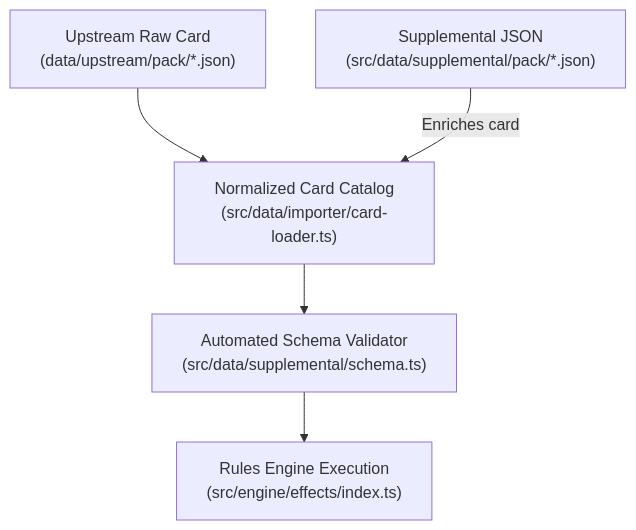
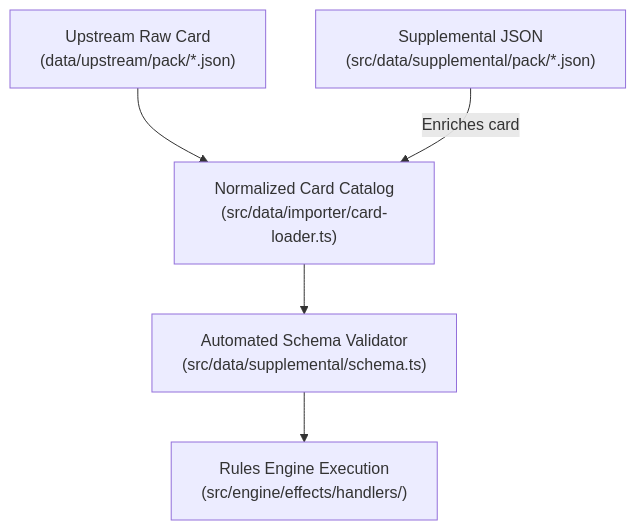
The diagram in docs/specifications/supplemental/README.md (SteveRodrigue/MCD), drawn with Mermaid before and after one commit. The commit also changed other lines of this file and 5 other files, not shown here.

````diff
--- a/docs/specifications/supplemental/README.md
+++ b/docs/specifications/supplemental/README.md
@@ -44,7 +44,7 @@
 ```mermaid
 flowchart TD
     A["Upstream Raw Card<br/>(data/upstream/pack/*.json)"] --> B["Normalized Card Catalog<br/>(src/data/importer/card-loader.ts)"]
     C["Supplemental JSON<br/>(src/data/supplemental/pack/*.json)"] -->|Enriches card| B
     B --> D["Automated Schema Validator<br/>(src/data/supplemental/schema.ts)"]
-    D --> E["Rules Engine Execution<br/>(src/engine/effects/index.ts)"]
+    D --> E["Rules Engine Execution<br/>(src/engine/effects/handlers/)"]
 ```
````
